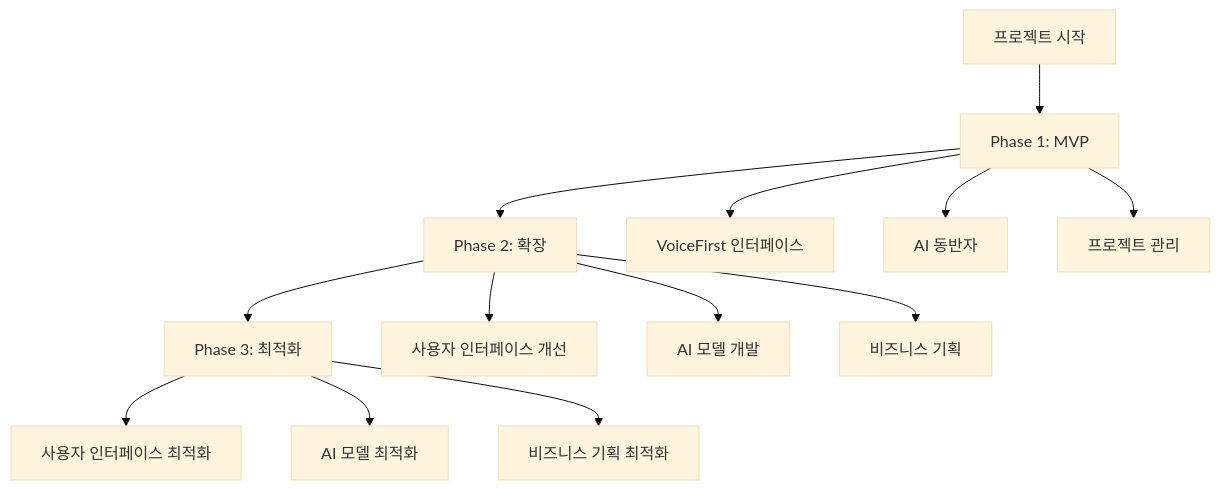
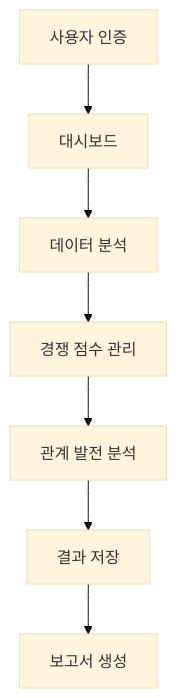
The third of 7 diagrams in prd_example.md (rmswo87/ideaspark), drawn with Mermaid (base theme) before and after one commit. The commit also changed other lines of this file and 31 other files, not shown here.

````diff
--- a/prd_example.md
+++ b/prd_example.md
@@ -365,18 +534,9 @@
 ```mermaid
 graph TB
-    A[프로젝트 시작] --> B[Phase 1: MVP]
-    B --> C[Phase 2: 확장]
-    C --> D[Phase 3: 최적화]
-    
-    B --> B1[VoiceFirst 인터페이스]
-    B --> B2[AI 동반자]
-    B --> B3[프로젝트 관리]
-    
-    C --> C1[사용자 인터페이스 개선]
-    C --> C2[AI 모델 개발]
-    C --> C3[비즈니스 기획]
-    
-    D --> D1[사용자 인터페이스 최적화]
-    D --> D2[AI 모델 최적화]
-    D --> D3[비즈니스 기획 최적화]
+    A[사용자 인증] --> B[대시보드]
+    B --> C[데이터 분석]
+    C --> D[경쟁 점수 관리]
+    D --> E[관계 발전 분석]
+    E --> F[결과 저장]
+    F --> G[보고서 생성]
 ```
````
